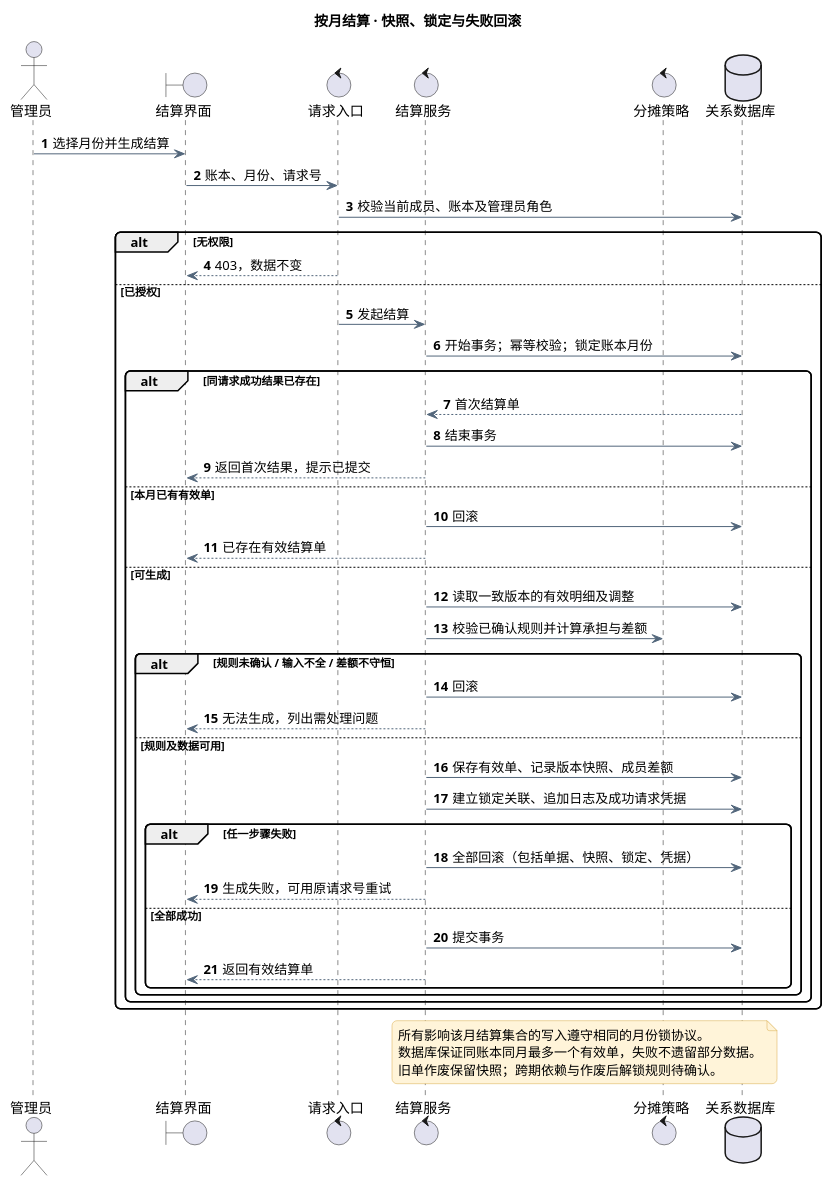
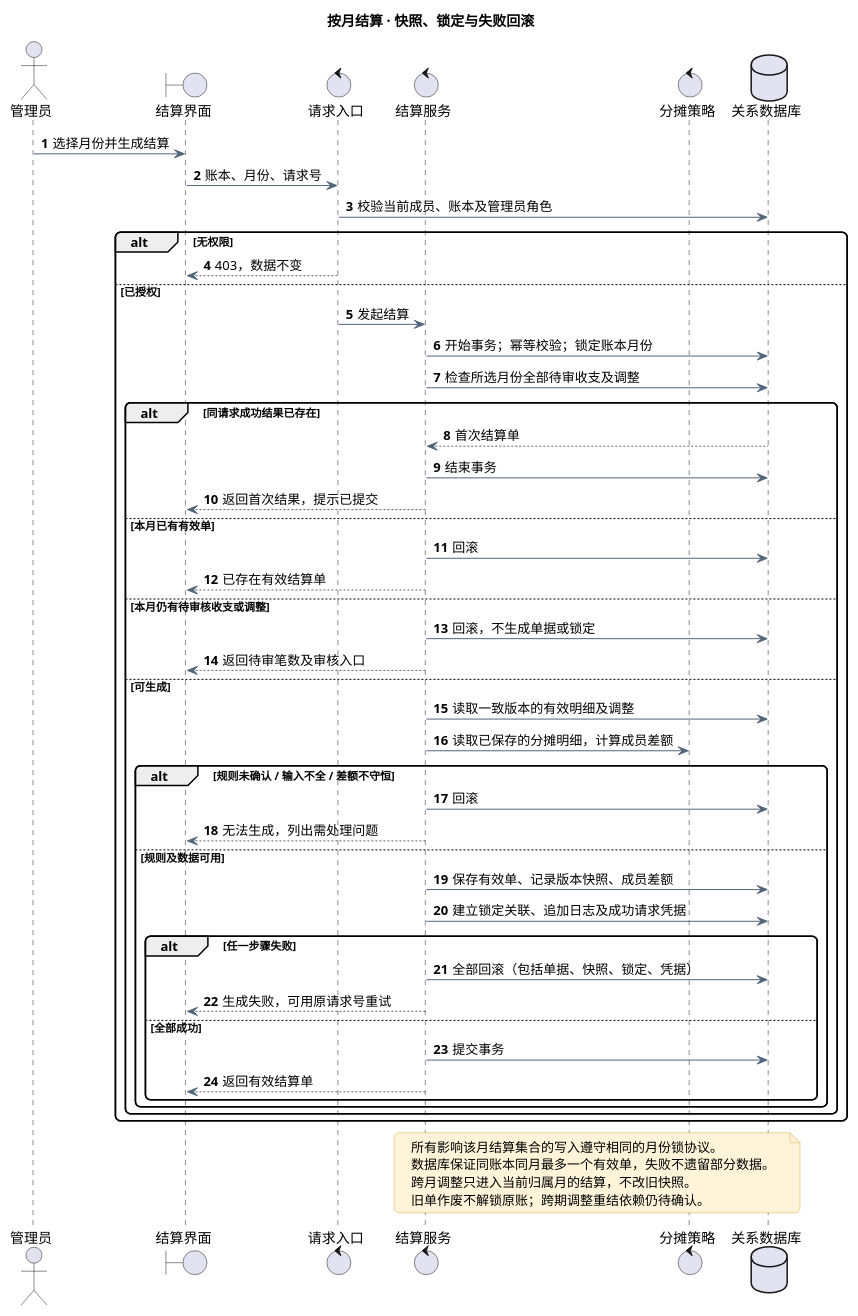
One commit to wuyi0928/MyCS_NJU changed the diagram in 软件工程/实验2_251220152_魏楚航/UML/05_月结时序图.puml. Above: the diagram before and after it, drawn with PlantUML. The commit also changed 20 other files, not shown here.

```diff
--- a/软件工程/实验2_251220152_魏楚航/UML/05_月结时序图.puml
+++ b/软件工程/实验2_251220152_魏楚航/UML/05_月结时序图.puml
@@ -1,62 +1,67 @@
 @startuml
 !pragma layout smetana
 skinparam defaultFontName Microsoft YaHei
 skinparam backgroundColor #FFFFFF
 skinparam shadowing false
 skinparam ArrowColor #52667B
 skinparam classBackgroundColor #F0F7F6
 skinparam classBorderColor #267568
 skinparam componentBackgroundColor #F0F7F6
 skinparam noteBackgroundColor #FFF4D9
 skinparam noteBorderColor #D8AA49
 skinparam roundcorner 10
 skinparam nodesep 70
 skinparam ranksep 85
 title 按月结算 · 快照、锁定与失败回滚
 autonumber
 actor "管理员" as Admin
 boundary "结算界面" as UI
 control "请求入口" as Gate
 control "结算服务" as Service
 control "分摊策略" as Policy
 database "关系数据库" as DB
 Admin -> UI : 选择月份并生成结算
 UI -> Gate : 账本、月份、请求号
 Gate -> DB : 校验当前成员、账本及管理员角色
 alt 无权限
   Gate --> UI : 403，数据不变
 else 已授权
   Gate -> Service : 发起结算
   Service -> DB : 开始事务；幂等校验；锁定账本月份
+  Service -> DB : 检查所选月份全部待审收支及调整
   alt 同请求成功结果已存在
     DB --> Service : 首次结算单
     Service -> DB : 结束事务
     Service --> UI : 返回首次结果，提示已提交
   else 本月已有有效单
     Service -> DB : 回滚
     Service --> UI : 已存在有效结算单
+  else 本月仍有待审核收支或调整
+    Service -> DB : 回滚，不生成单据或锁定
+    Service --> UI : 返回待审笔数及审核入口
   else 可生成
     Service -> DB : 读取一致版本的有效明细及调整
-    Service -> Policy : 校验已确认规则并计算承担与差额
+    Service -> Policy : 读取已保存的分摊明细，计算成员差额
     alt 规则未确认 / 输入不全 / 差额不守恒
       Service -> DB : 回滚
       Service --> UI : 无法生成，列出需处理问题
     else 规则及数据可用
       Service -> DB : 保存有效单、记录版本快照、成员差额
       Service -> DB : 建立锁定关联、追加日志及成功请求凭据
       alt 任一步骤失败
         Service -> DB : 全部回滚（包括单据、快照、锁定、凭据）
         Service --> UI : 生成失败，可用原请求号重试
       else 全部成功
         Service -> DB : 提交事务
         Service --> UI : 返回有效结算单
       end
     end
   end
 end
 note over Service, DB
 所有影响该月结算集合的写入遵守相同的月份锁协议。
 数据库保证同账本同月最多一个有效单，失败不遗留部分数据。
-旧单作废保留快照；跨期依赖与作废后解锁规则待确认。
+跨月调整只进入当前归属月的结算，不改旧快照。
+旧单作废不解锁原账；跨期调整重结依赖仍待确认。
 end note
 @enduml
```
